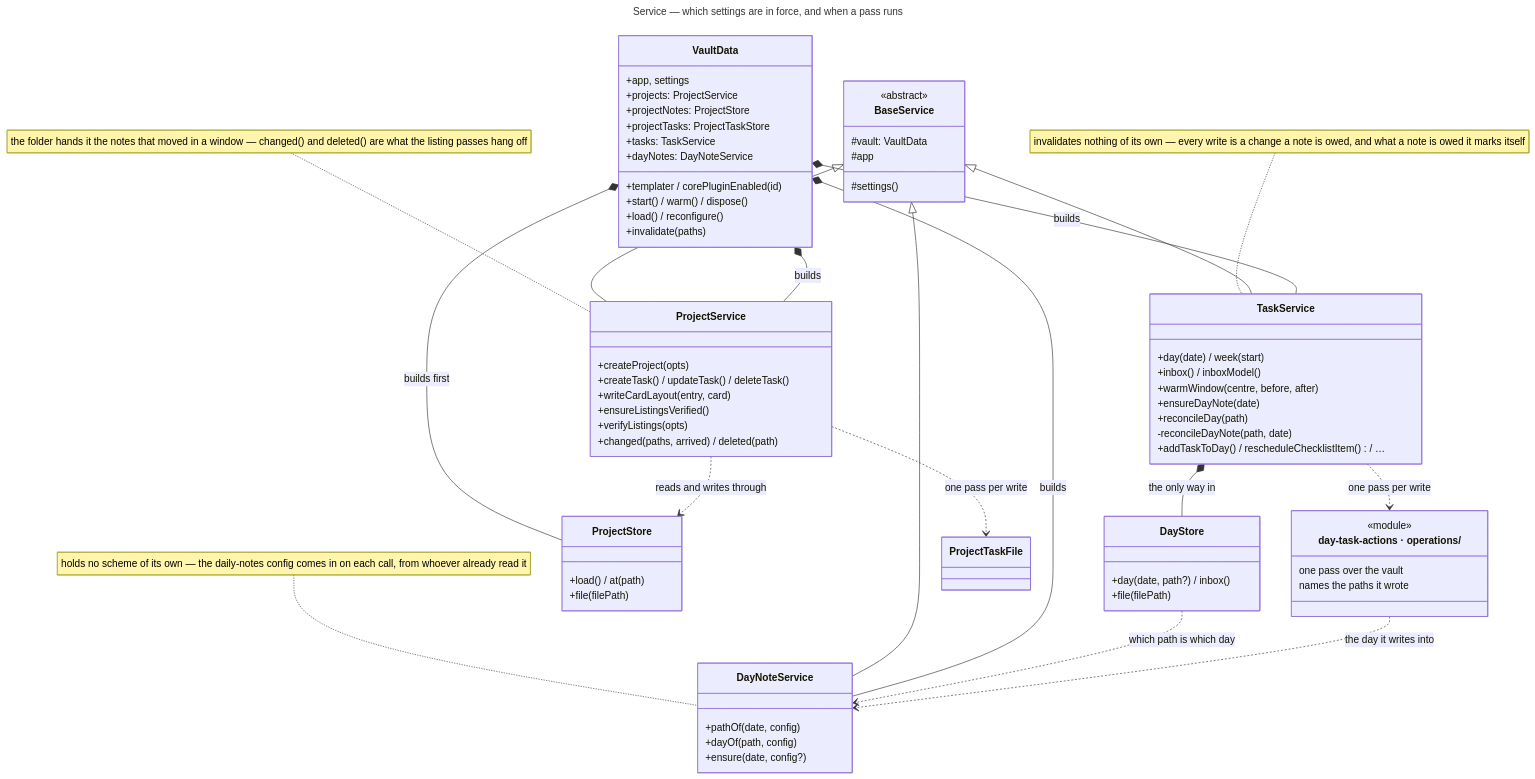
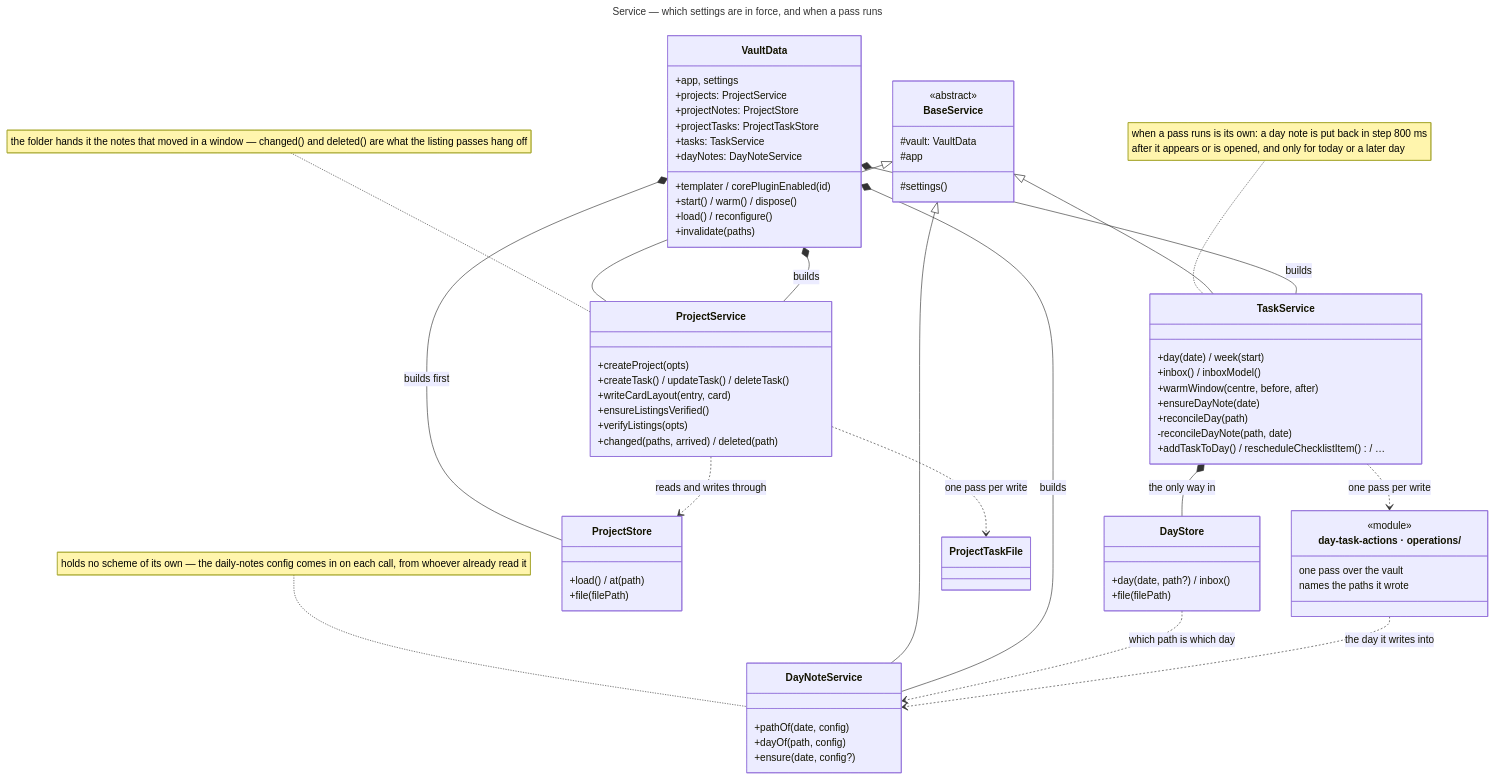
One commit to Laurent-Ferier/pm-compass changed the diagram in docs/technical/diagrams/service.mmd. Above: the diagram before and after it, drawn with Mermaid. The commit also changed 12 other files, not shown here.

```diff
--- a/docs/technical/diagrams/service.mmd
+++ b/docs/technical/diagrams/service.mmd
@@ -1,84 +1,84 @@
 ---
 title: Service — which settings are in force, and when a pass runs
 ---
 classDiagram
   direction TB
 
   class VaultData {
     +app, settings
     +templater / corePluginEnabled(id)
     +projects: ProjectService
     +projectNotes: ProjectStore
     +projectTasks: ProjectTaskStore
     +tasks: TaskService
     +dayNotes: DayNoteService
     +start() / warm() / dispose()
     +load() / reconfigure()
     +invalidate(paths)
   }
 
   class BaseService {
     <<abstract>>
     #vault: VaultData
     #app
     #settings()
   }
 
   class TaskService {
     +day(date) / week(start)
     +inbox() / inboxModel()
     +warmWindow(centre, before, after)
     +ensureDayNote(date)
     +reconcileDay(path)
     -reconcileDayNote(path, date)
     +addTaskToDay() / rescheduleChecklistItem() / …
   }
 
   class ProjectService {
     +createProject(opts)
     +createTask() / updateTask() / deleteTask()
     +writeCardLayout(entry, card)
     +ensureListingsVerified()
     +verifyListings(opts)
     +changed(paths, arrived) / deleted(path)
   }
 
   class DayNoteService {
     +pathOf(date, config)
     +dayOf(path, config)
     +ensure(date, config?)
   }
 
   class DayStore {
     +day(date, path?) / inbox()
     +file(filePath)
   }
 
   class ProjectStore {
     +load() / at(path)
     +file(filePath)
   }
 
   class dayTaskActions["day-task-actions · operations/"] {
     <<module>>
     one pass over the vault
     names the paths it wrote
   }
 
   BaseService <|-- TaskService
   BaseService <|-- ProjectService
   BaseService <|-- DayNoteService
   VaultData *-- TaskService : builds
   VaultData *-- ProjectService : builds
   VaultData *-- DayNoteService : builds
   VaultData *-- ProjectStore : builds first
   TaskService *-- DayStore : the only way in
   ProjectService ..> ProjectStore : reads and writes through
   TaskService ..> dayTaskActions : one pass per write
   ProjectService ..> ProjectTaskFile : one pass per write
   DayStore ..> DayNoteService : which path is which day
   dayTaskActions ..> DayNoteService : the day it writes into
 
   note for DayNoteService "holds no scheme of its own — the daily-notes config comes in on each call, from whoever already read it"
   note for ProjectService "the folder hands it the notes that moved in a window — changed() and deleted() are what the listing passes hang off"
-  note for TaskService "invalidates nothing of its own — every write is a change a note is owed, and what a note is owed it marks itself"
+  note for TaskService "when a pass runs is its own: a day note is put back in step 800 ms<br/>after it appears or is opened, and only for today or a later day"
```
